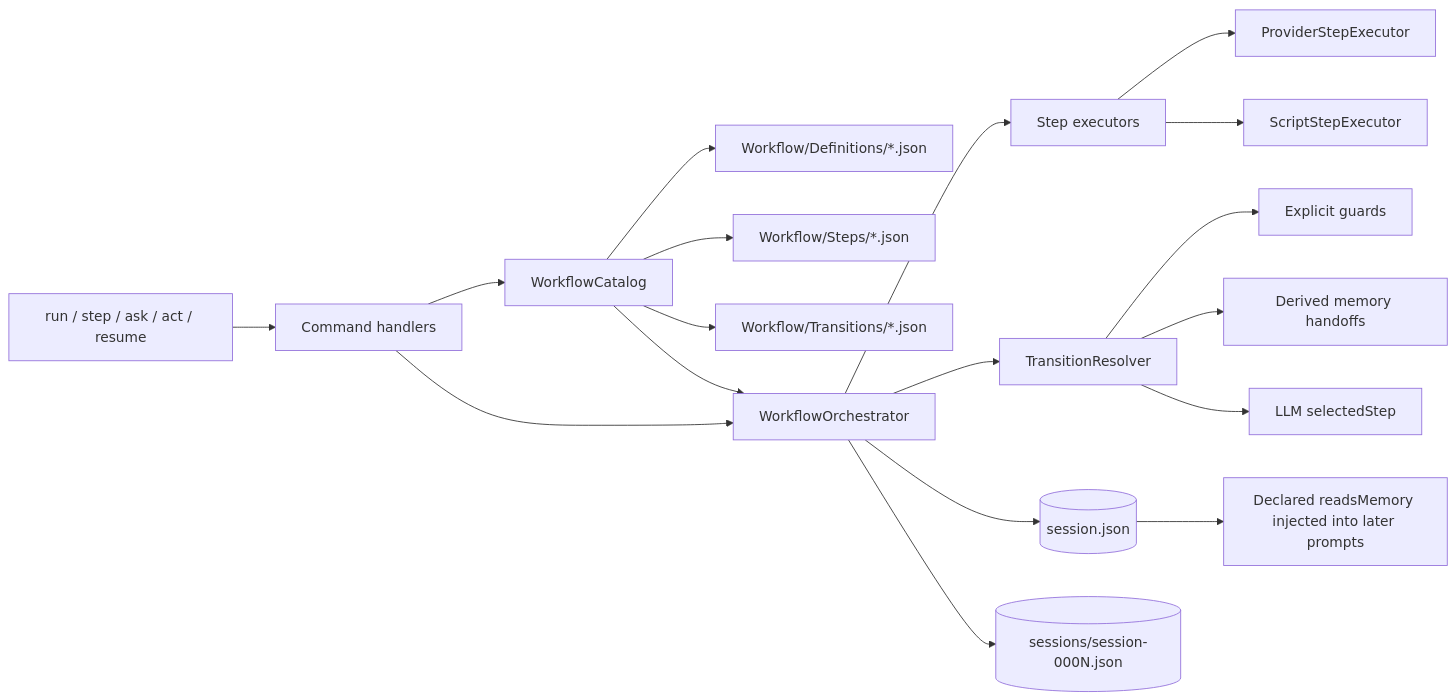
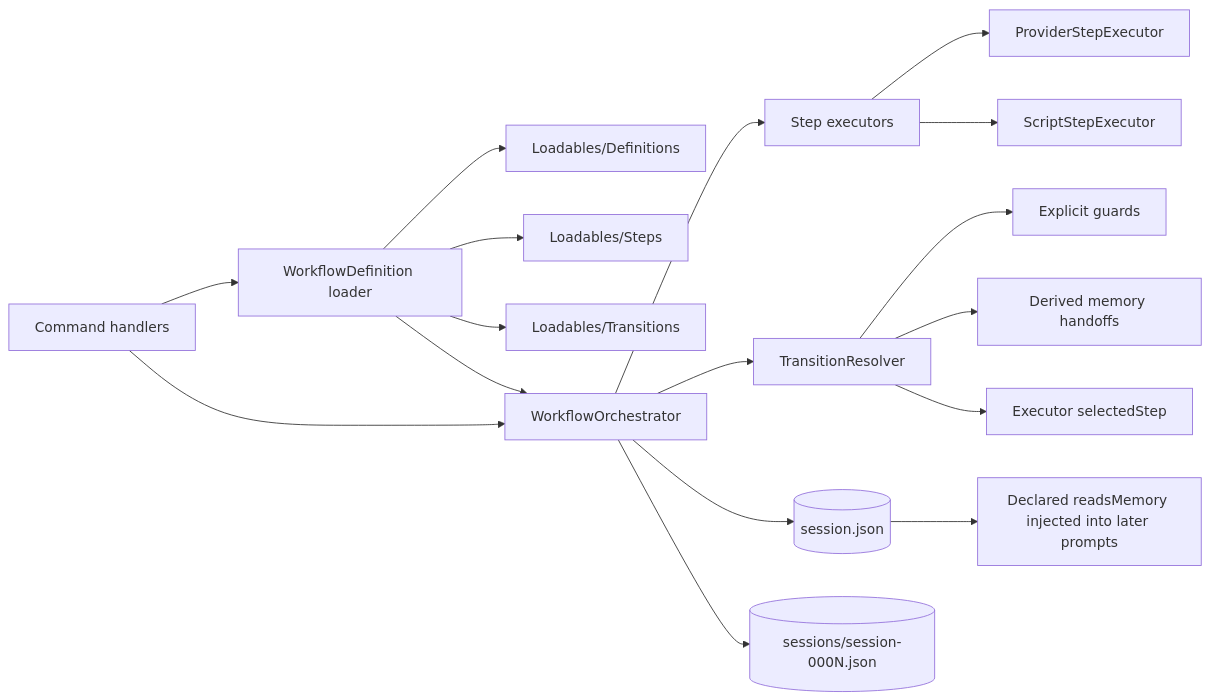
The ninth of 9 diagrams in ARCHITECTURE_DIAGRAMS.md (prometheus2D/WallyCode), drawn with Mermaid before and after one commit. The commit also changed other lines of this file, not shown here.

Commit message:
Update diagrams

````diff
--- a/ARCHITECTURE_DIAGRAMS.md
+++ b/ARCHITECTURE_DIAGRAMS.md
@@ -48,20 +222,20 @@
 ```mermaid
 flowchart LR
-    CLI[run / step / ask / act / resume] --> Handler[Command handlers]
-    Handler --> Catalog[WorkflowCatalog]
-    Catalog --> Definitions[Workflow/Definitions/*.json]
-    Catalog --> Steps[Workflow/Steps/*.json]
-    Catalog --> Transitions[Workflow/Transitions/*.json]
-    Handler --> Orchestrator[WorkflowOrchestrator]
+    Command[Command handlers] --> Catalog[WorkflowDefinition loader]
+    Catalog --> Definitions[Loadables/Definitions]
+    Catalog --> Steps[Loadables/Steps]
+    Catalog --> Transitions[Loadables/Transitions]
+
+    Command --> Orchestrator[WorkflowOrchestrator]
     Catalog --> Orchestrator
     Orchestrator --> Executors[Step executors]
     Executors --> ProviderStep[ProviderStepExecutor]
     Executors --> ScriptStep[ScriptStepExecutor]
     Orchestrator --> Resolver[TransitionResolver]
     Resolver --> Guards[Explicit guards]
     Resolver --> Handoffs[Derived memory handoffs]
-    Resolver --> Selection[LLM selectedStep]
+    Resolver --> Selection[Executor selectedStep]
     Orchestrator --> Session[(session.json)]
     Orchestrator --> Snapshots[(sessions/session-000N.json)]
     Session --> PromptMemory[Declared readsMemory injected into later prompts]
 ```
````
